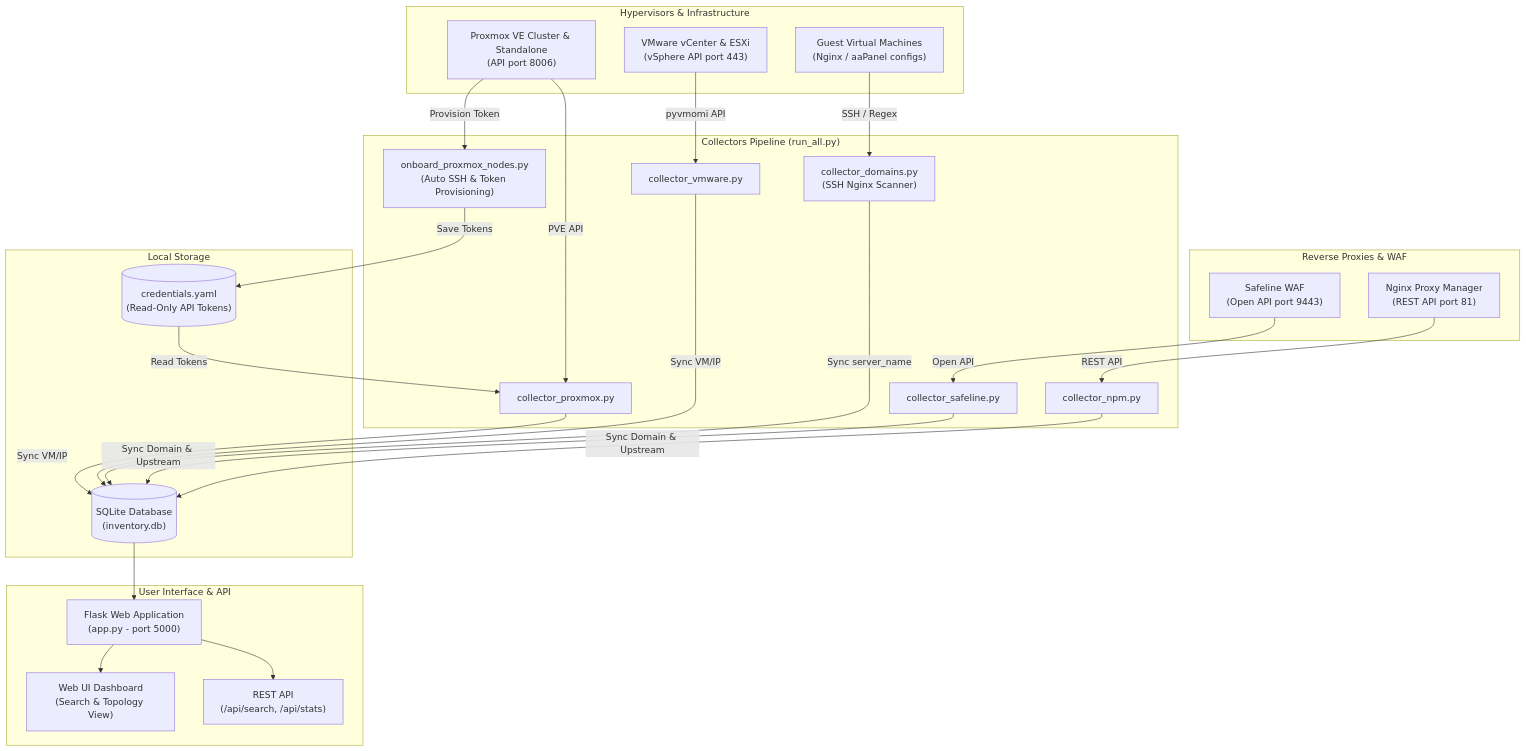
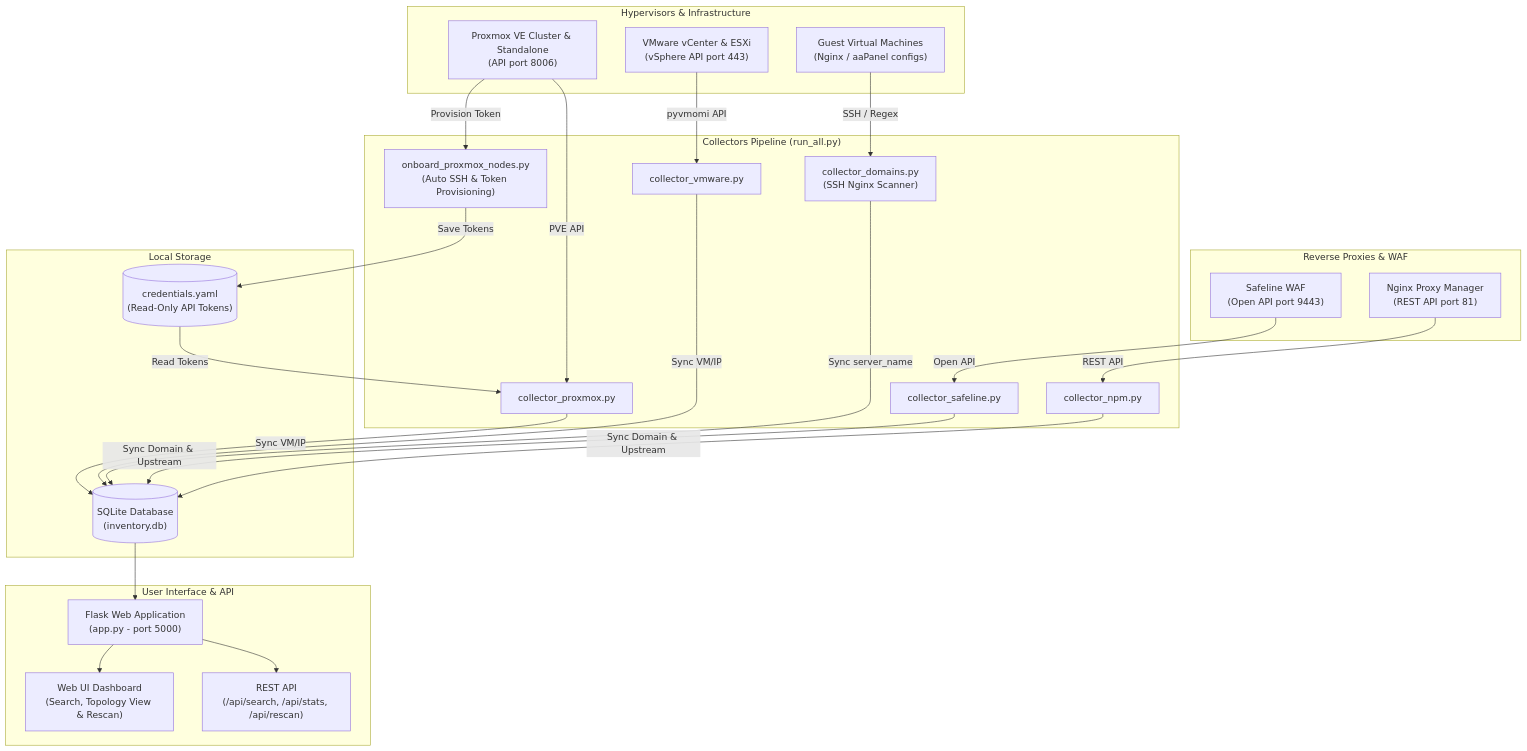
The diagram in README.md (abbyar/domain-radar), drawn with Mermaid before and after one commit. The commit also changed other lines of this file and 12 other files, not shown here.

First line of the commit message:
Add rescan workflow and dashboard updates

````diff
--- a/README.md
+++ b/README.md
@@ -52,52 +53,52 @@
 ```mermaid
 flowchart TD
     subgraph HYPERVISORS ["Hypervisors & Infrastructure"]
         PVE["Proxmox VE Cluster & Standalone<br/>(API port 8006)"]
         VMW["VMware vCenter & ESXi<br/>(vSphere API port 443)"]
         VMS["Guest Virtual Machines<br/>(Nginx / aaPanel configs)"]
     end
 
     subgraph PROXIES ["Reverse Proxies & WAF"]
         SL["Safeline WAF<br/>(Open API port 9443)"]
         NPM["Nginx Proxy Manager<br/>(REST API port 81)"]
     end
 
     subgraph COLLECTORS ["Collectors Pipeline (run_all.py)"]
         C_ONB["onboard_proxmox_nodes.py<br/>(Auto SSH & Token Provisioning)"]
         C_PVE["collector_proxmox.py"]
         C_VMW["collector_vmware.py"]
         C_SL["collector_safeline.py"]
         C_NPM["collector_npm.py"]
         C_SSH["collector_domains.py<br/>(SSH Nginx Scanner)"]
     end
 
     subgraph STORAGE ["Local Storage"]
         DB[("SQLite Database<br/>(inventory.db)")]
         CRED[("credentials.yaml<br/>(Read-Only API Tokens)")]
     end
 
     subgraph PRESENTATION ["User Interface & API"]
         WEB["Flask Web Application<br/>(app.py - port 5000)"]
-        UI["Web UI Dashboard<br/>(Search & Topology View)"]
-        API["REST API<br/>(/api/search, /api/stats)"]
+        UI["Web UI Dashboard<br/>(Search, Topology View & Rescan)"]
+        API["REST API<br/>(/api/search, /api/stats, /api/rescan)"]
     end
 
     PVE -->|Provision Token| C_ONB
     C_ONB -->|Save Tokens| CRED
     CRED -->|Read Tokens| C_PVE
     PVE -->|PVE API| C_PVE
     VMW -->|pyvmomi API| C_VMW
     SL -->|Open API| C_SL
     NPM -->|REST API| C_NPM
     VMS -->|SSH / Regex| C_SSH
 
     C_PVE -->|Sync VM/IP| DB
     C_VMW -->|Sync VM/IP| DB
     C_SL -->|Sync Domain & Upstream| DB
     C_NPM -->|Sync Domain & Upstream| DB
     C_SSH -->|Sync server_name| DB
 
     DB --> WEB
     WEB --> UI
     WEB --> API
 ```
````
